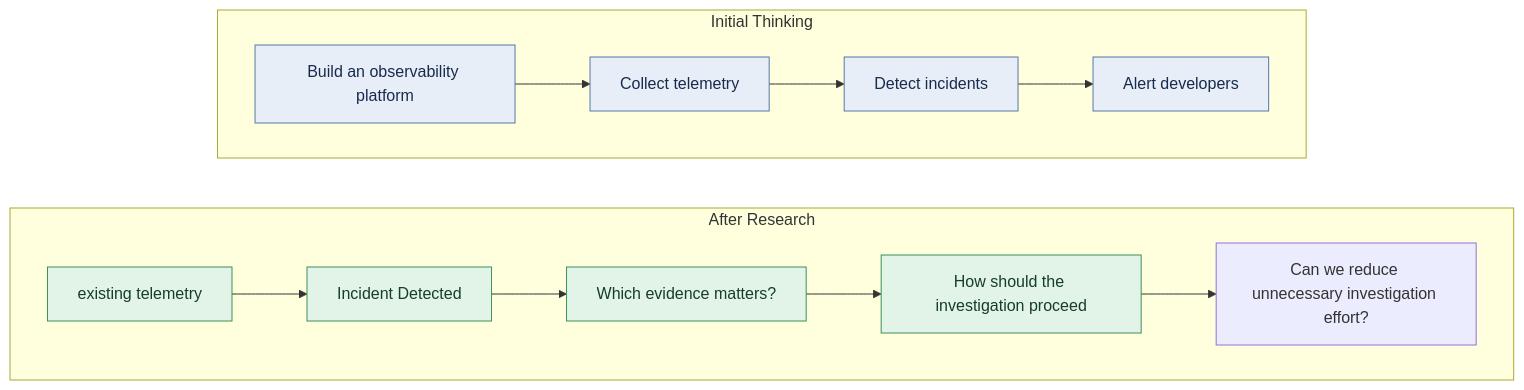
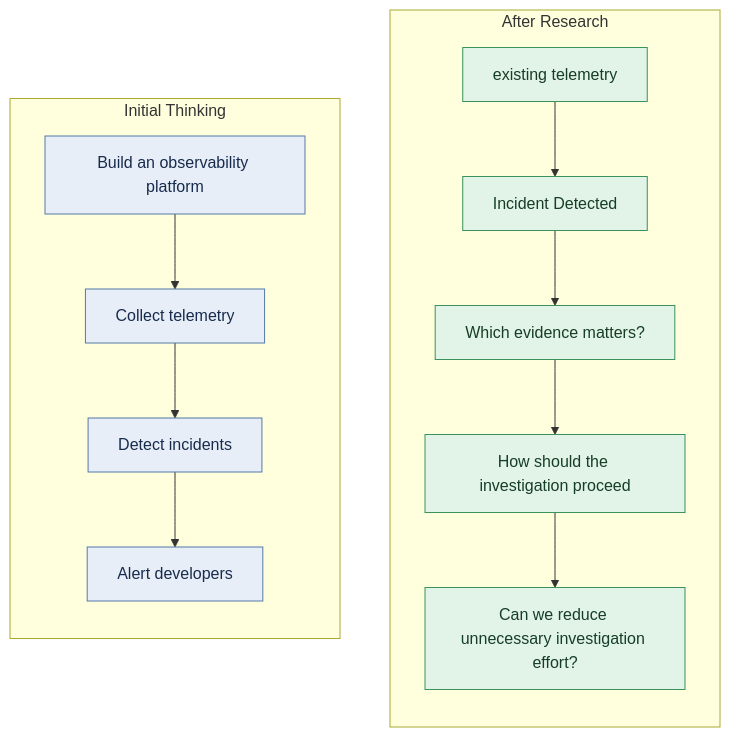
One commit to TechieWebAI/incident-investigation-research changed the fifth of 5 diagrams in README.md. Above: the diagram before and after it, drawn with Mermaid. The commit also changed other lines of this file, not shown here.

Commit message:
Add incident investigation research

````diff
--- a/README.md
+++ b/README.md
@@ -620,27 +607,29 @@
 ```mermaid
-flowchart TB
+flowchart LR
     subgraph OLD["Initial Thinking"]
+        direction TB
         A["Build an observability platform"]
         B["Collect telemetry"]
         C["Detect incidents"]
         D["Alert developers"]
         A --> B --> C --> D
     end
 
     subgraph NEW["After Research"]
+        direction TB
         E["existing telemetry"]
         F["Incident Detected"]
         G["Which evidence matters?"]
         H["How should the investigation proceed"]
         I["Can we reduce unnecessary investigation effort?"]
         E --> F --> G --> H --> I
     end
 
     OLD ~~~ NEW
 
     classDef initial fill:#e8eef7,stroke:#5479a8,color:#172b4d
     classDef research fill:#e2f4e8,stroke:#39915b,color:#163d27
 
     class A,B,C,D initial
-    class E,F,G,H research
+    class E,F,G,H,I research
 ```
````
